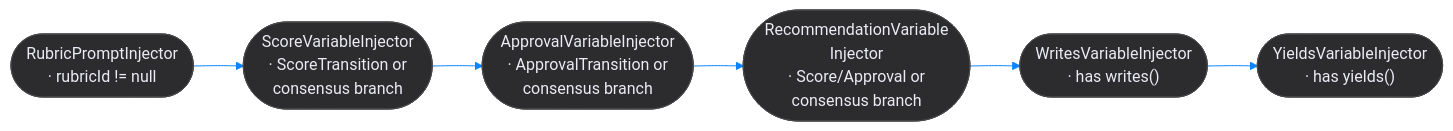
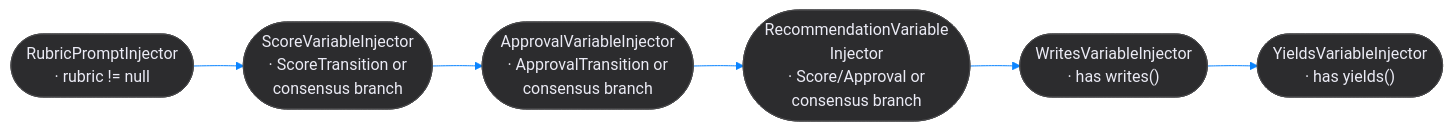
The second of 3 diagrams in docs/developer-guide-core.md (hensu-project/hensu), drawn with Mermaid (neutral theme) before and after one commit. The commit also changed other lines of this file and 72 other files, not shown here.

````diff
--- a/docs/developer-guide-core.md
+++ b/docs/developer-guide-core.md
@@ -862,17 +863,17 @@
 ```mermaid
 flowchart LR
-    r(["RubricPromptInjector\n· rubricId != null"]) --> s(["ScoreVariableInjector\n· ScoreTransition or\nconsensus branch"])
+    r(["RubricPromptInjector\n· rubric != null"]) --> s(["ScoreVariableInjector\n· ScoreTransition or\nconsensus branch"])
     s --> a(["ApprovalVariableInjector\n· ApprovalTransition or\nconsensus branch"])
     a --> rec(["RecommendationVariable\nInjector\n· Score/Approval or\nconsensus branch"])
     rec --> w(["WritesVariableInjector\n· has writes()"])
     w --> y(["YieldsVariableInjector\n· has yields()"])
 
     style r fill:#2c2c2e, stroke:#48484a, color:#ebebf5, stroke-width:1px
     style s fill:#2c2c2e, stroke:#48484a, color:#ebebf5, stroke-width:1px
     style a fill:#2c2c2e, stroke:#48484a, color:#ebebf5, stroke-width:1px
     style rec fill:#2c2c2e, stroke:#48484a, color:#ebebf5, stroke-width:1px
     style w fill:#2c2c2e, stroke:#48484a, color:#ebebf5, stroke-width:1px
     style y fill:#2c2c2e, stroke:#48484a, color:#ebebf5, stroke-width:1px
 
     linkStyle default stroke:#0A84FF, stroke-width:1px
 ```
````
